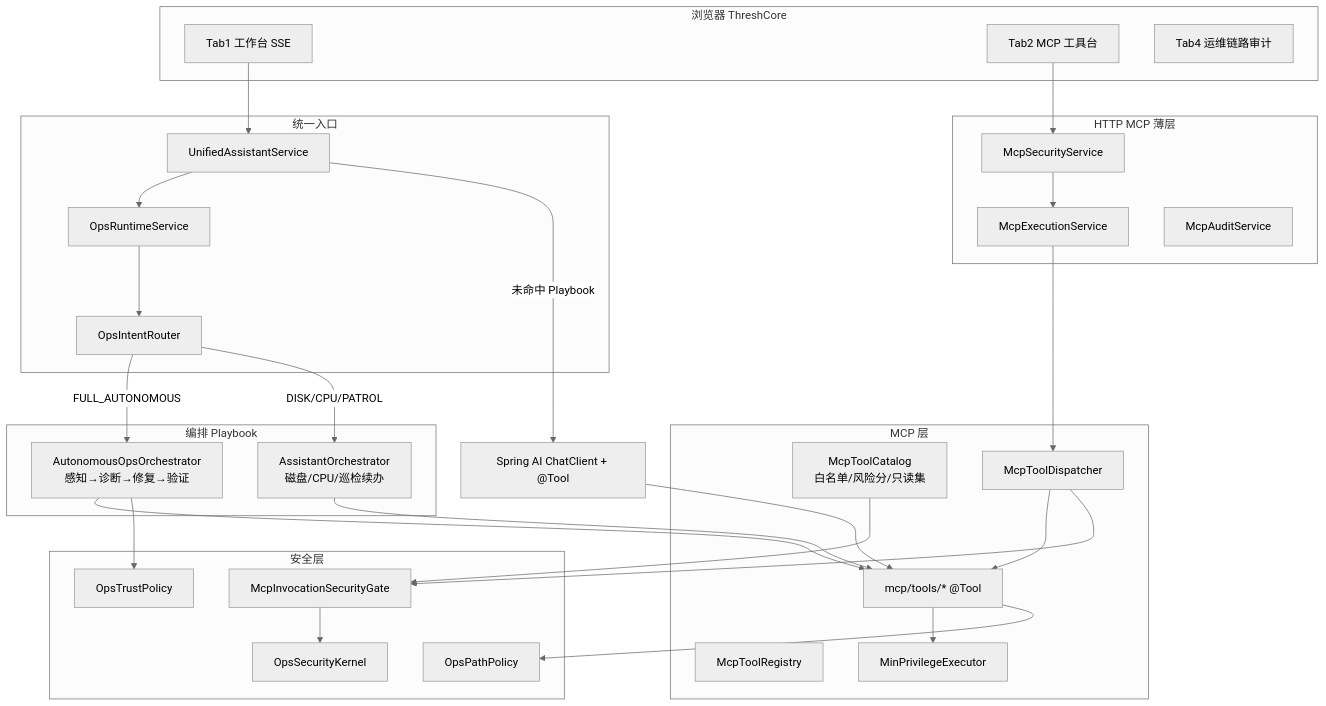
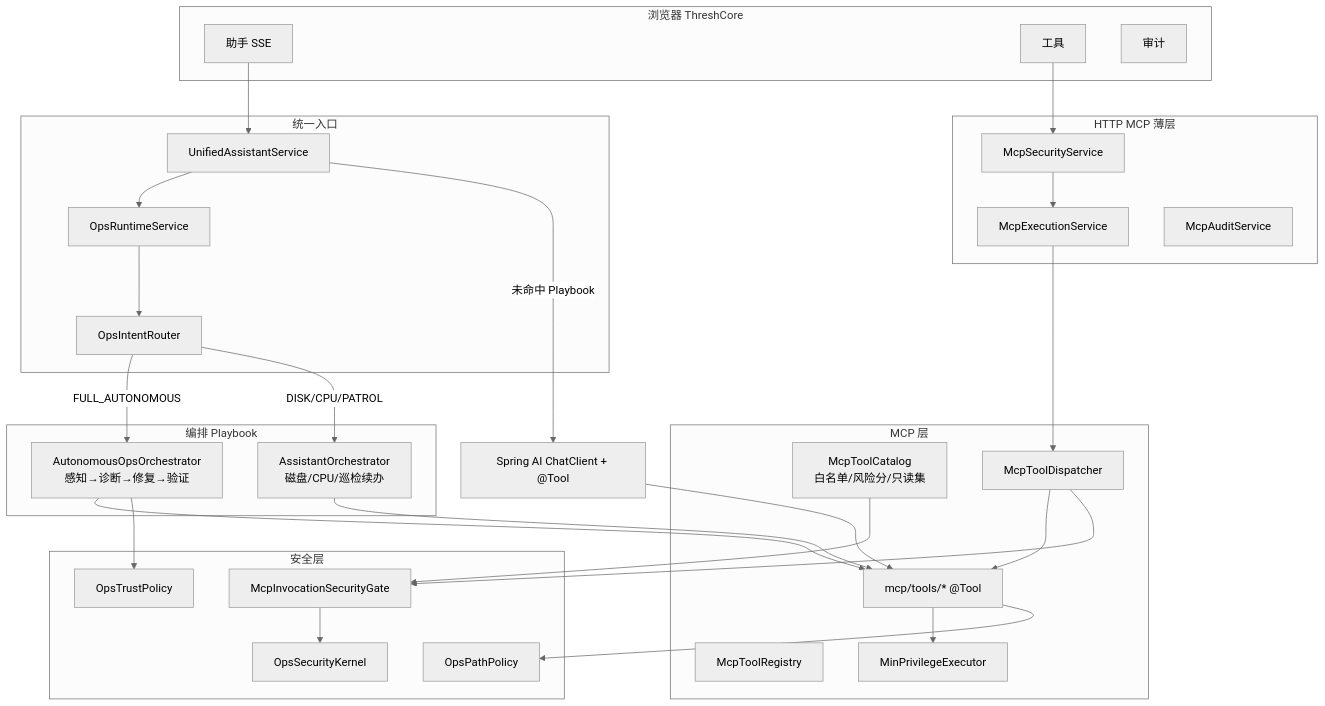
Before and after one commit to zhaokai0604/-agent: the diagram in README.md, drawn with Mermaid (neutral theme). The commit also changed other lines of this file and 118 other files, not shown here.

````diff
--- a/README.md
+++ b/README.md
@@ -104,60 +107,60 @@
 ```mermaid
 flowchart TB
   subgraph ui[浏览器 ThreshCore]
-    T1[Tab1 工作台 SSE]
-    T2[Tab2 MCP 工具台]
-    T4[Tab4 运维链路审计]
+    T1[助手 SSE]
+    T2[工具]
+    T3[审计]
   end
 
   subgraph entry[统一入口]
     UAS[UnifiedAssistantService]
     ORS[OpsRuntimeService]
     OIR[OpsIntentRouter]
   end
 
   subgraph playbooks[编排 Playbook]
     AOO[AutonomousOpsOrchestrator<br/>感知→诊断→修复→验证]
     ASO[AssistantOrchestrator<br/>磁盘/CPU/巡检续办]
   end
 
   subgraph mcp[MCP 层]
     CAT[McpToolCatalog<br/>白名单/风险分/只读集]
     REG[McpToolRegistry]
     DISP[McpToolDispatcher]
     TOOLS[mcp/tools/* @Tool]
     MPE[MinPrivilegeExecutor]
   end
 
   subgraph mcpHttp[HTTP MCP 薄层]
     SECSVC[McpSecurityService]
     EXSVC[McpExecutionService]
     AUDSVC[McpAuditService]
   end
 
   subgraph sec[安全层]
     GATE[McpInvocationSecurityGate]
     KERNEL[OpsSecurityKernel]
     PATH[OpsPathPolicy]
     TRUST[OpsTrustPolicy]
   end
 
   T1 --> UAS
   UAS --> ORS
   ORS --> OIR
   OIR -->|FULL_AUTONOMOUS| AOO
   OIR -->|DISK/CPU/PATROL| ASO
   UAS -->|未命中 Playbook| LLM[Spring AI ChatClient + @Tool]
   T2 --> SECSVC
   SECSVC --> EXSVC
   EXSVC --> DISP
   DISP --> TOOLS
   CAT --> GATE
   TOOLS --> MPE
   AOO --> TOOLS
   ASO --> TOOLS
   LLM --> TOOLS
   DISP --> GATE
   GATE --> KERNEL
   TOOLS --> PATH
   AOO --> TRUST
 ```
````
